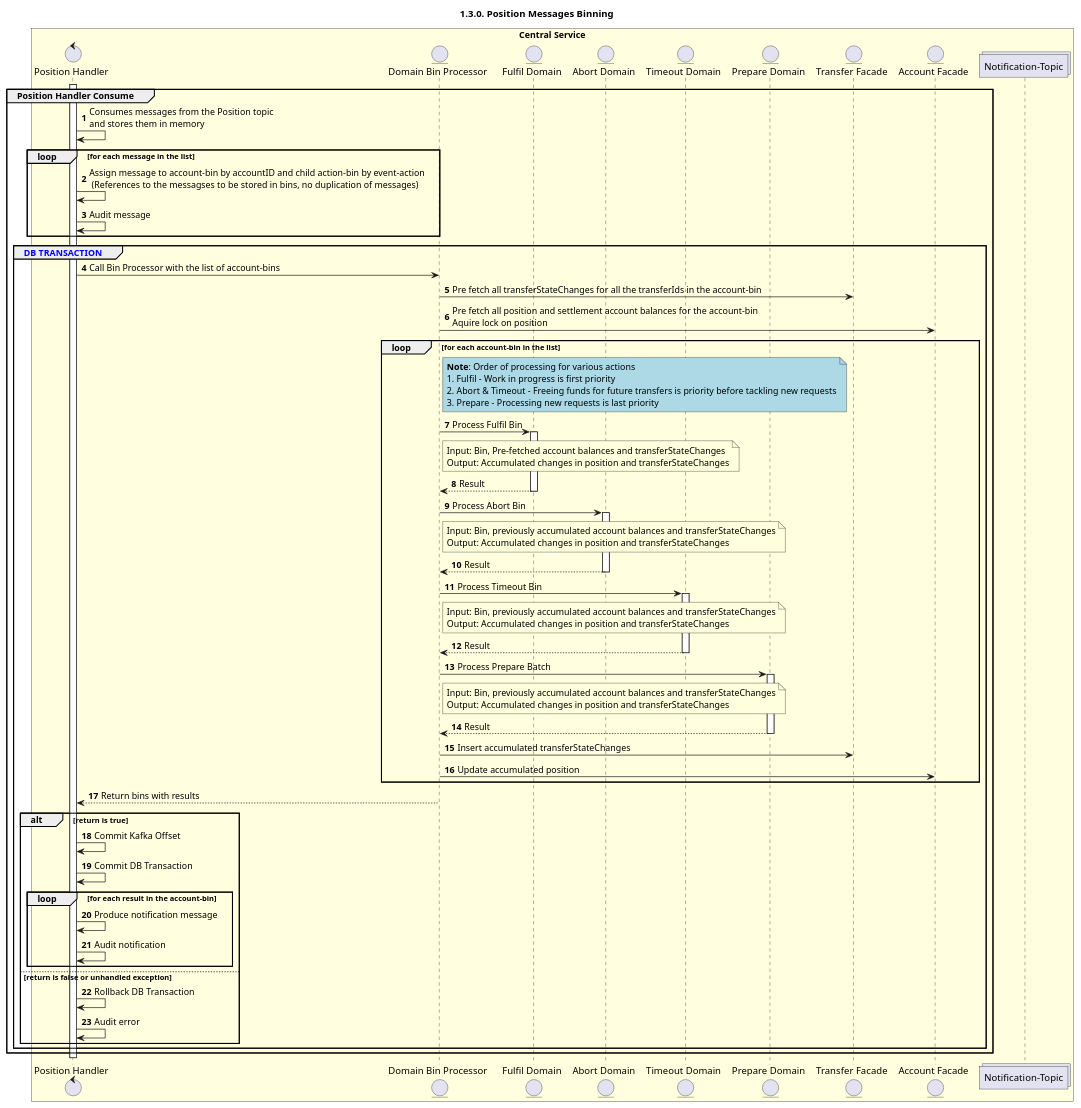
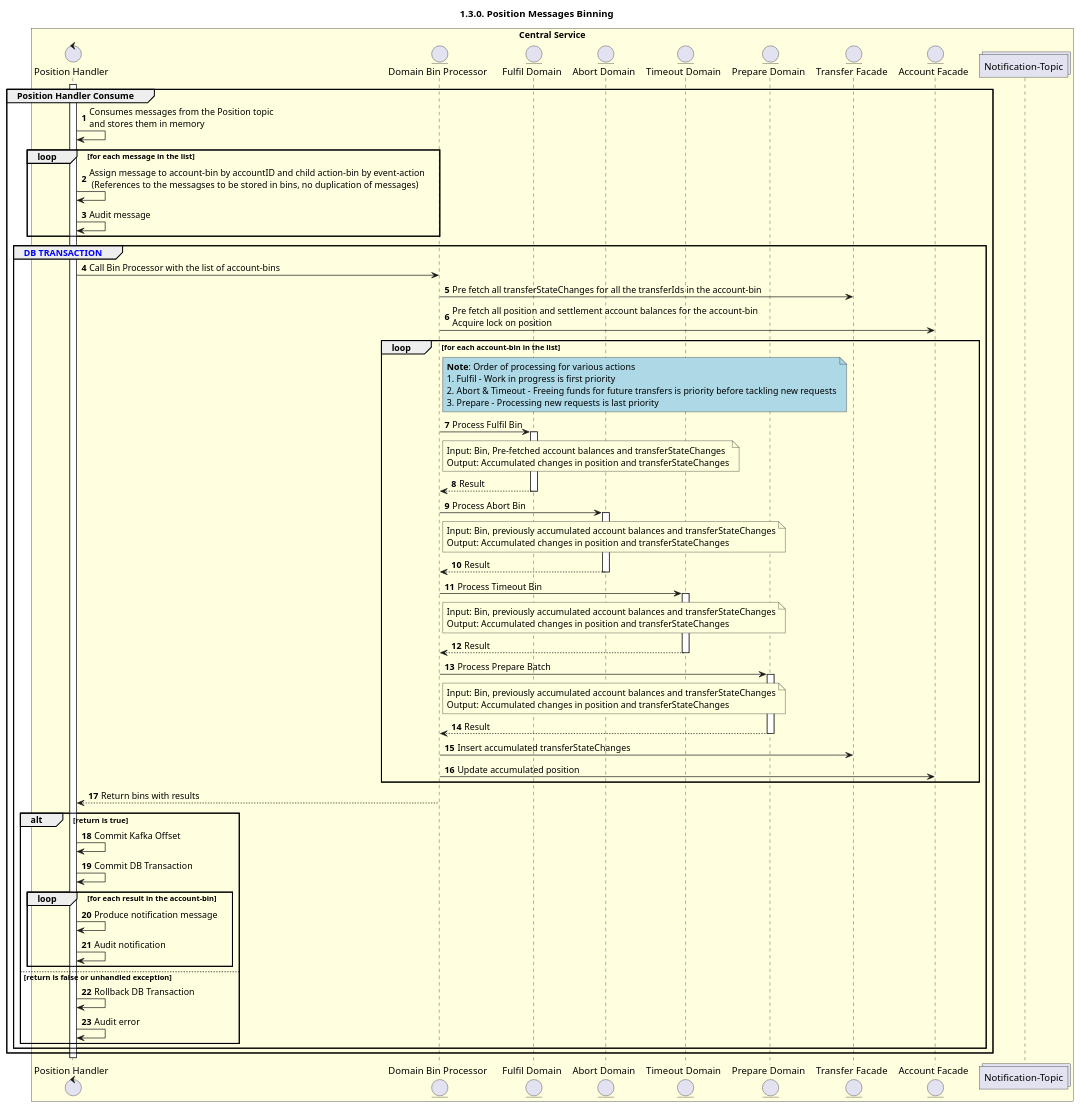
One commit to mojaloop/documentation changed the diagram in docs/technical/central-ledger/assets/diagrams/sequence/seq-position-1.3.4-binning.plantuml. Above: the diagram before and after it, drawn with PlantUML. The commit also changed 10 other files, not shown here.

Commit message:
feat: updated seq diagrams

```diff
--- a/docs/technical/central-ledger/assets/diagrams/sequence/seq-position-1.3.4-binning.plantuml
+++ b/docs/technical/central-ledger/assets/diagrams/sequence/seq-position-1.3.4-binning.plantuml
@@ -26,116 +26,116 @@
 @startuml
 ' declate title
 title 1.3.0. Position Messages Binning
 
 autonumber
 
 ' Actor Keys:
 '   boundary - APIs/Interfaces, etc
 '   collections - Kafka Topics
 '   control - Kafka Consumers
 '   entity - Database Access Objects
 '   database - Database Persistence Store
 
 ' declare actors
 control "Position Handler" as POS_HANDLER
 
 entity "Domain Bin Processor" as BIN_PROCESSOR
 entity "Prepare Domain" as DOMAIN_PREPARE
 entity "Fulfil Domain" as DOMAIN_FULFIL
 entity "Abort Domain" as DOMAIN_ABORT
 entity "Timeout Domain" as DOMAIN_TIMEOUT
 entity "Transfer Facade" as FACADE_TRANSFER
 entity "Account Facade" as FACADE_ACCOUNT
 collections "Notification-Topic" as TOPIC_NOTIFICATIONS
 ' database "Central Store" as DB
 
 box "Central Service" #LightYellow
     participant POS_HANDLER
     participant BIN_PROCESSOR
     participant DOMAIN_FULFIL
     participant DOMAIN_ABORT
     participant DOMAIN_TIMEOUT
     participant DOMAIN_PREPARE
     participant FACADE_TRANSFER
     participant FACADE_ACCOUNT
     ' participant DB
     participant TOPIC_NOTIFICATIONS
 end box
 
 ' start flow
 activate POS_HANDLER
 group Position Handler Consume
     POS_HANDLER -> POS_HANDLER: Consumes messages from the Position topic \nand stores them in memory
     loop for each message in the list
         POS_HANDLER -> POS_HANDLER: Assign message to account-bin by accountID and child action-bin by event-action\n (References to the messagses to be stored in bins, no duplication of messages)
         POS_HANDLER -> POS_HANDLER: Audit message
     end
     group <color #blue>DB TRANSACTION</color>
         POS_HANDLER -> BIN_PROCESSOR: Call Bin Processor with the list of account-bins
         
         BIN_PROCESSOR -> FACADE_TRANSFER: Pre fetch all transferStateChanges for all the transferIds in the account-bin
-        BIN_PROCESSOR -> FACADE_ACCOUNT: Pre fetch all position and settlement account balances for the account-bin\nAquire lock on position
+        BIN_PROCESSOR -> FACADE_ACCOUNT: Pre fetch all position and settlement account balances for the account-bin\nAcquire lock on position
 
         loop for each account-bin in the list
             note right of BIN_PROCESSOR #lightblue
                 **Note**: Order of processing for various actions
                 1. Fulfil - Work in progress is first priority
                 2. Abort & Timeout - Freeing funds for future transfers is priority before tackling new requests
                 3. Prepare - Processing new requests is last priority
             end note
 
             BIN_PROCESSOR -> DOMAIN_FULFIL: Process Fulfil Bin
             note right of BIN_PROCESSOR
                 Input: Bin, Pre-fetched account balances and transferStateChanges
                 Output: Accumulated changes in position and transferStateChanges
             end note
             activate DOMAIN_FULFIL
             DOMAIN_FULFIL --> BIN_PROCESSOR: Result
             deactivate DOMAIN_FULFIL
 
             BIN_PROCESSOR -> DOMAIN_ABORT: Process Abort Bin
             note right of BIN_PROCESSOR
                 Input: Bin, previously accumulated account balances and transferStateChanges
                 Output: Accumulated changes in position and transferStateChanges
             end note
             activate DOMAIN_ABORT
             DOMAIN_ABORT --> BIN_PROCESSOR: Result
             deactivate DOMAIN_ABORT
 
             BIN_PROCESSOR -> DOMAIN_TIMEOUT: Process Timeout Bin
             note right of BIN_PROCESSOR
                 Input: Bin, previously accumulated account balances and transferStateChanges
                 Output: Accumulated changes in position and transferStateChanges
             end note
             activate DOMAIN_TIMEOUT
             DOMAIN_TIMEOUT --> BIN_PROCESSOR: Result
             deactivate DOMAIN_TIMEOUT
 
             BIN_PROCESSOR -> DOMAIN_PREPARE: Process Prepare Batch
             note right of BIN_PROCESSOR
                 Input: Bin, previously accumulated account balances and transferStateChanges
                 Output: Accumulated changes in position and transferStateChanges
             end note
             activate DOMAIN_PREPARE
             DOMAIN_PREPARE --> BIN_PROCESSOR: Result
             deactivate DOMAIN_PREPARE
             BIN_PROCESSOR -> FACADE_TRANSFER: Insert accumulated transferStateChanges
             BIN_PROCESSOR -> FACADE_ACCOUNT: Update accumulated position
         end
         
         BIN_PROCESSOR --> POS_HANDLER: Return bins with results
         alt return is true
             POS_HANDLER -> POS_HANDLER: Commit Kafka Offset
             POS_HANDLER -> POS_HANDLER: Commit DB Transaction
             loop for each result in the account-bin
                 POS_HANDLER -> POS_HANDLER: Produce notification message
                 POS_HANDLER -> POS_HANDLER: Audit notification
             end
         else return is false or unhandled exception
             POS_HANDLER -> POS_HANDLER: Rollback DB Transaction
             POS_HANDLER -> POS_HANDLER: Audit error
         end
     end
 end
 deactivate POS_HANDLER
 @enduml
```
